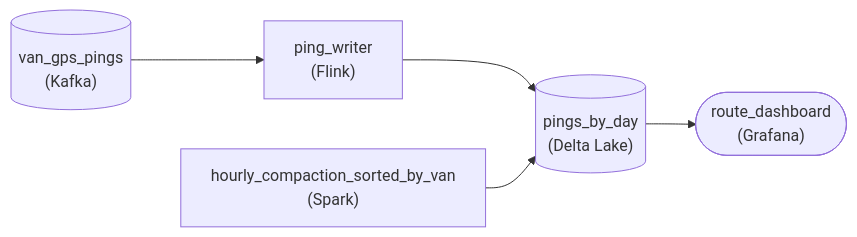
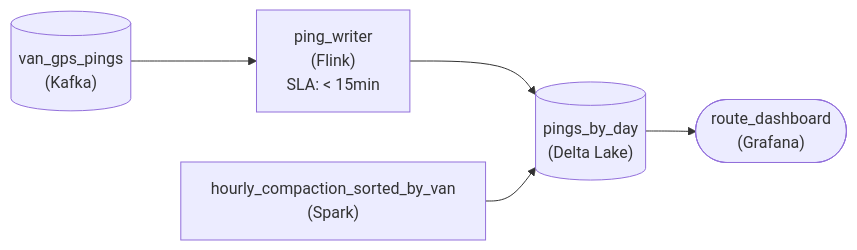
One commit to Dulain-Willis/study-helper changed the third of 4 diagrams in lesson_preview/interview/architecture/pipeline_where_data_lives_intermediate.md. Above: the diagram before and after it, drawn with Mermaid. The commit also changed other lines of this file and 26 other files, not shown here.

First line of the commit message:
Mermaid diagrams: show tags and extra values inside each node (#43)

````diff
--- a/lesson_preview/interview/architecture/pipeline_where_data_lives_intermediate.md
+++ b/lesson_preview/interview/architecture/pipeline_where_data_lives_intermediate.md
@@ -719,12 +719,12 @@
 ```mermaid
 flowchart LR
     n0[("van_gps_pings<br/>(Kafka)")]
-    n1["ping_writer<br/>(Flink)"]
+    n1["ping_writer<br/>(Flink)<br/>SLA: #60; 15min"]
     n2[("pings_by_day<br/>(Delta Lake)")]
     n3["hourly_compaction_sorted_by_van<br/>(Spark)"]
     n4(["route_dashboard<br/>(Grafana)"])
     n0 --> n1
     n1 --> n2
     n3 --> n2
     n2 --> n4
 ```
````
